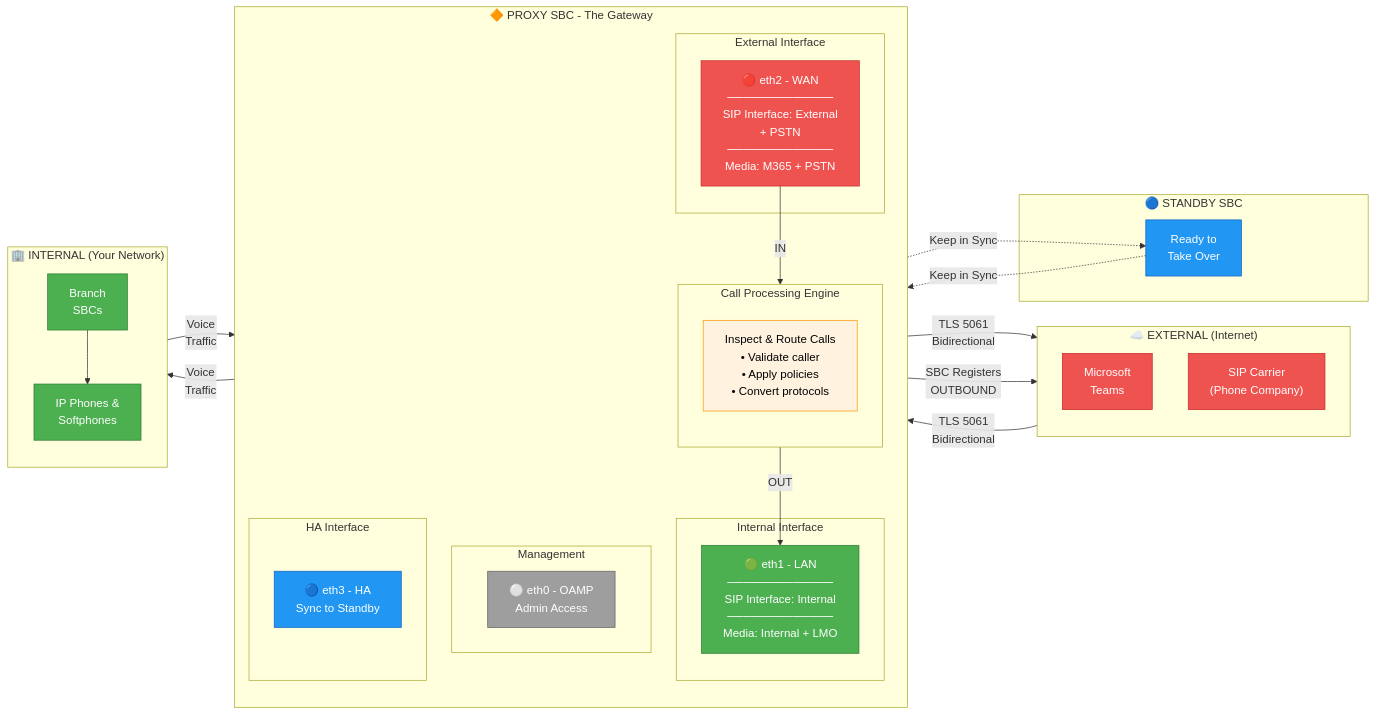
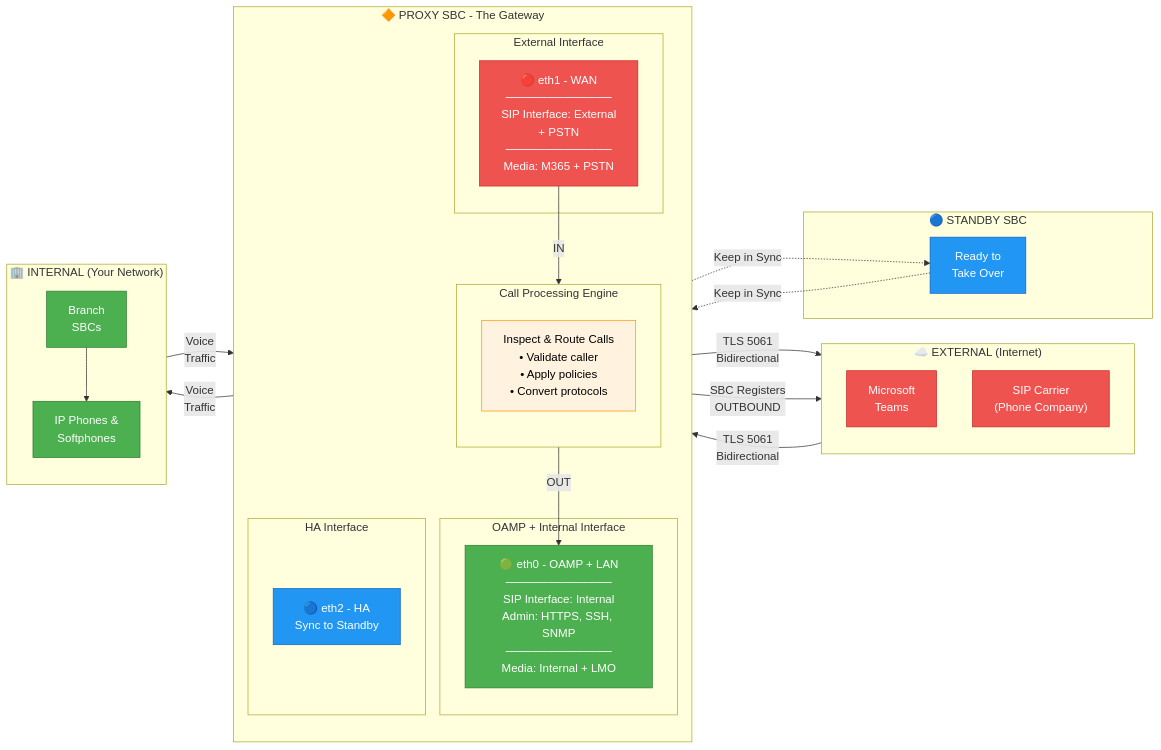
Diagram 25 of 26 in AudioCodes-AWS-Deployment-Guide.md (kevinsing999/public), drawn with Mermaid before and after one commit. The commit also changed other lines of this file and 53 other files, not shown here.

First line of the commit message:
v2.0: Consolidate OAMP+LAN interfaces, reduce PSTN ports, add firewall docs

````diff
--- a/AudioCodes-AWS-Deployment-Guide.md
+++ b/AudioCodes-AWS-Deployment-Guide.md
@@ -4154,7 +4172,7 @@
         direction TB
 
         subgraph ExtPort["External Interface"]
-            WAN["🔴 eth2 - WAN<br/>─────────────<br/>SIP Interface: External<br/>+ PSTN<br/>─────────────<br/>Media: M365 + PSTN"]
+            WAN["🔴 eth1 - WAN<br/>─────────────<br/>SIP Interface: External<br/>+ PSTN<br/>─────────────<br/>Media: M365 + PSTN"]
         end
 
         subgraph Core["Call Processing Engine"]
@@ -4162,16 +4180,12 @@
             Process["Inspect & Route Calls<br/>• Validate caller<br/>• Apply policies<br/>• Convert protocols"]
         end
 
-        subgraph IntPort["Internal Interface"]
-            LAN["🟢 eth1 - LAN<br/>─────────────<br/>SIP Interface: Internal<br/>─────────────<br/>Media: Internal + LMO"]
-        end
-
-        subgraph MgmtPort["Management"]
-            MGMT["⚪ eth0 - OAMP<br/>Admin Access"]
+        subgraph IntPort["OAMP + Internal Interface"]
+            LAN["🟢 eth0 - OAMP + LAN<br/>─────────────<br/>SIP Interface: Internal<br/>Admin: HTTPS, SSH, SNMP<br/>─────────────<br/>Media: Internal + LMO"]
         end
 
         subgraph HAPort["HA Interface"]
-            HA["🔵 eth3 - HA<br/>Sync to Standby"]
+            HA["🔵 eth2 - HA<br/>Sync to Standby"]
         end
     end
 
@@ -4221,7 +4235,6 @@
     class WAN wan
     class LAN lan
     class HA,Backup ha
-    class MGMT mgmt
     class Process process
     class Downstream,Phones internal
 ```
````
